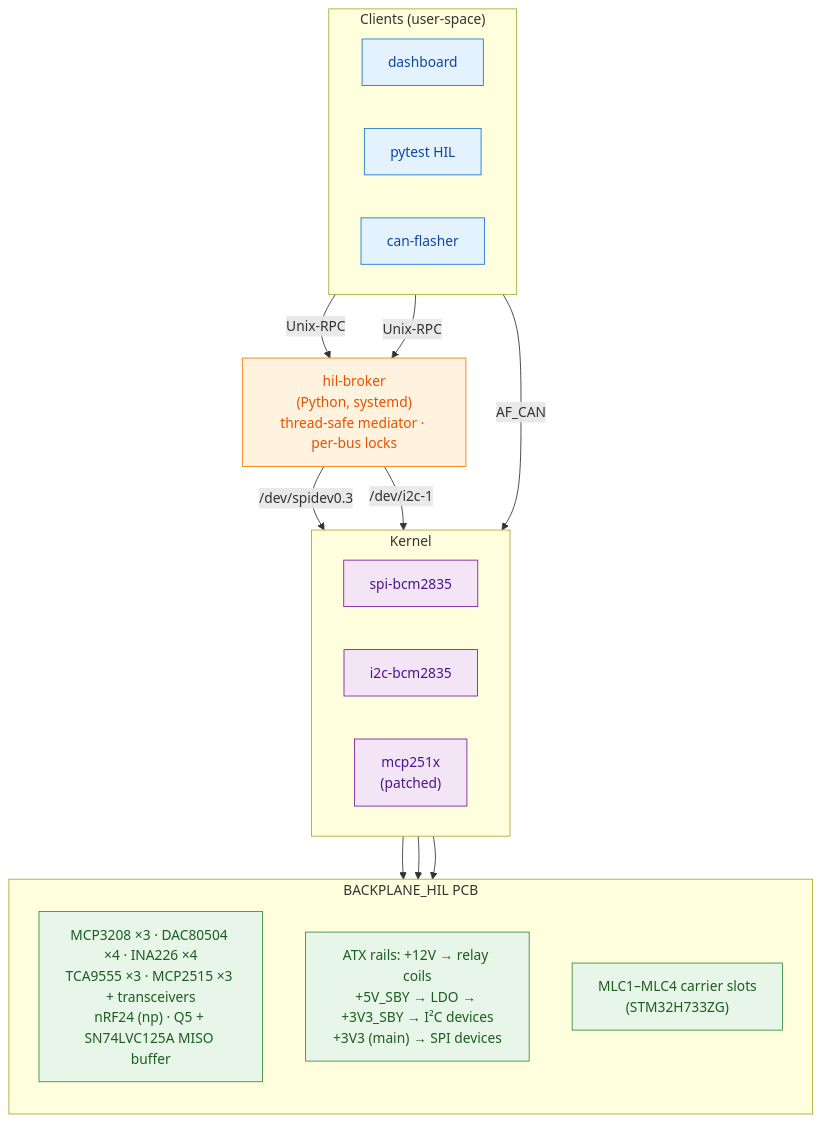
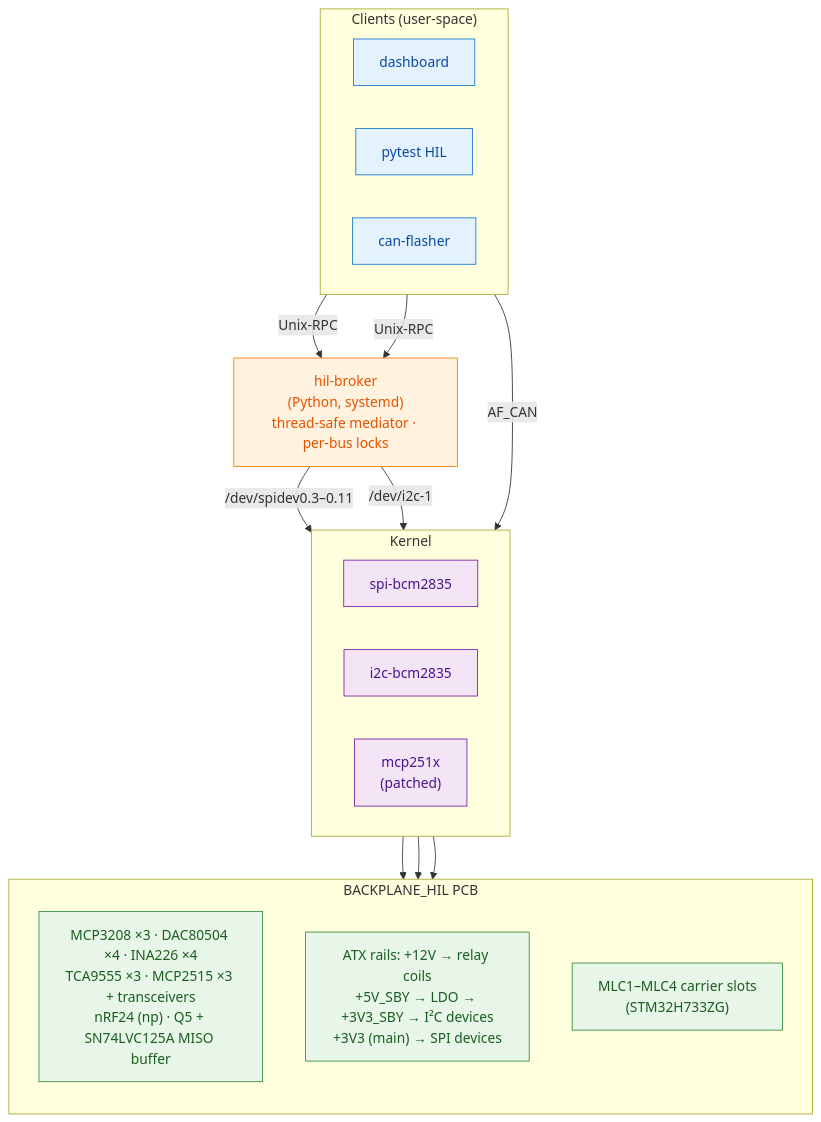
Before and after one commit to isc-fs/IFS_HIL: the first of 3 diagrams in docs/architecture.md, drawn with Mermaid. The commit also changed other lines of this file, not shown here.

First line of the commit message:
docs(architecture): describe the fleet, the live CI chain and kernel-owned CS

````diff
--- a/docs/architecture.md
+++ b/docs/architecture.md
@@ -34,44 +39,44 @@
 ```mermaid
 flowchart TD
     subgraph Clients["Clients (user-space)"]
         direction LR
         DASH["dashboard"]
         PYTEST["pytest HIL"]
         FLASH["can-flasher"]
     end
 
     BROKER["hil-broker<br/>(Python, systemd)<br/>thread-safe mediator · per-bus locks"]
 
     subgraph Kernel["Kernel"]
         direction LR
         SPI_BCM["spi-bcm2835"]
         I2C_BCM["i2c-bcm2835"]
         MCP["mcp251x<br/>(patched)"]
     end
 
     subgraph HW["BACKPLANE_HIL PCB"]
         direction TB
         ICs["MCP3208 ×3 · DAC80504 ×4 · INA226 ×4<br/>TCA9555 ×3 · MCP2515 ×3 + transceivers<br/>nRF24 (np) · Q5 + SN74LVC125A MISO buffer"]
         RAILS["ATX rails: +12V → relay coils<br/>+5V_SBY → LDO → +3V3_SBY → I²C devices<br/>+3V3 (main) → SPI devices"]
         SLOTS["MLC1–MLC4 carrier slots<br/>(STM32H733ZG)"]
     end
 
     DASH -- "Unix-RPC" --> BROKER
     PYTEST -- "Unix-RPC" --> BROKER
     FLASH -- "AF_CAN" --> MCP
-    BROKER -- "/dev/spidev0.3" --> SPI_BCM
+    BROKER -- "/dev/spidev0.3–0.11" --> SPI_BCM
     BROKER -- "/dev/i2c-1" --> I2C_BCM
     SPI_BCM --> ICs
     I2C_BCM --> ICs
     MCP --> SLOTS
 
     classDef client fill:#e3f2fd,stroke:#1976d2,color:#0d47a1
     classDef broker fill:#fff3e0,stroke:#f57c00,color:#e65100
     classDef kernel fill:#f3e5f5,stroke:#7b1fa2,color:#4a148c
     classDef hardware fill:#e8f5e9,stroke:#388e3c,color:#1b5e20
 
     class DASH,PYTEST,FLASH client
     class BROKER broker
     class SPI_BCM,I2C_BCM,MCP kernel
     class ICs,RAILS,SLOTS hardware
 ```
````
